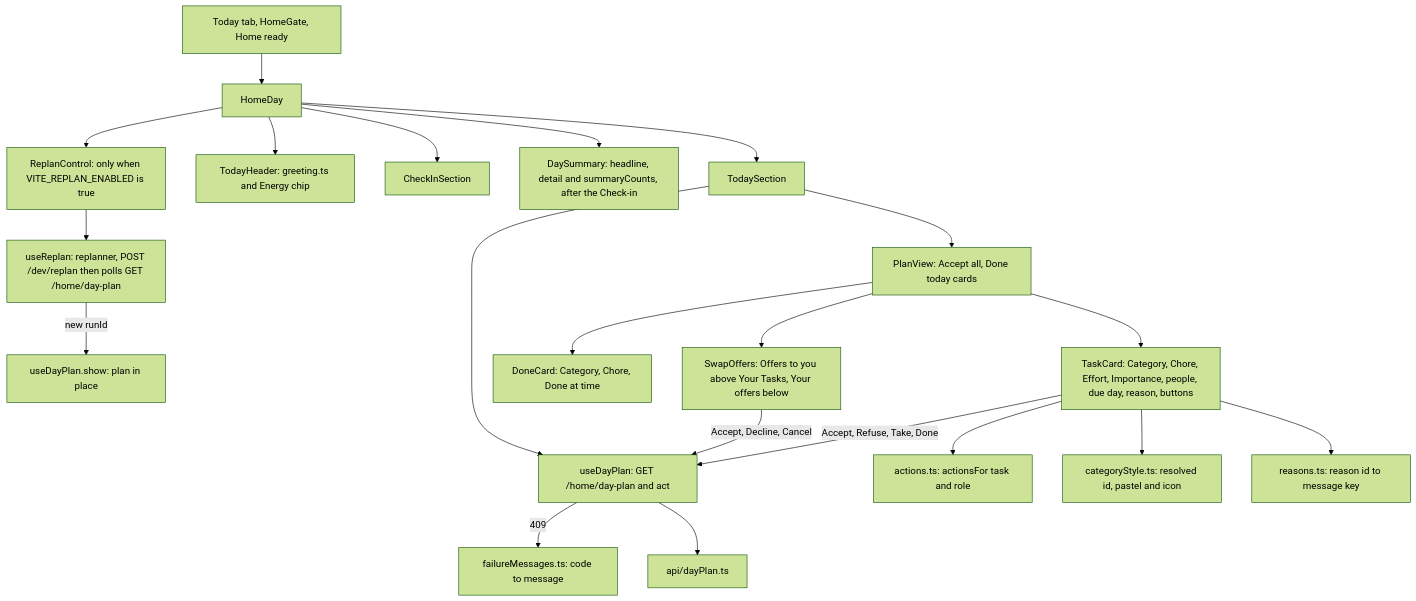
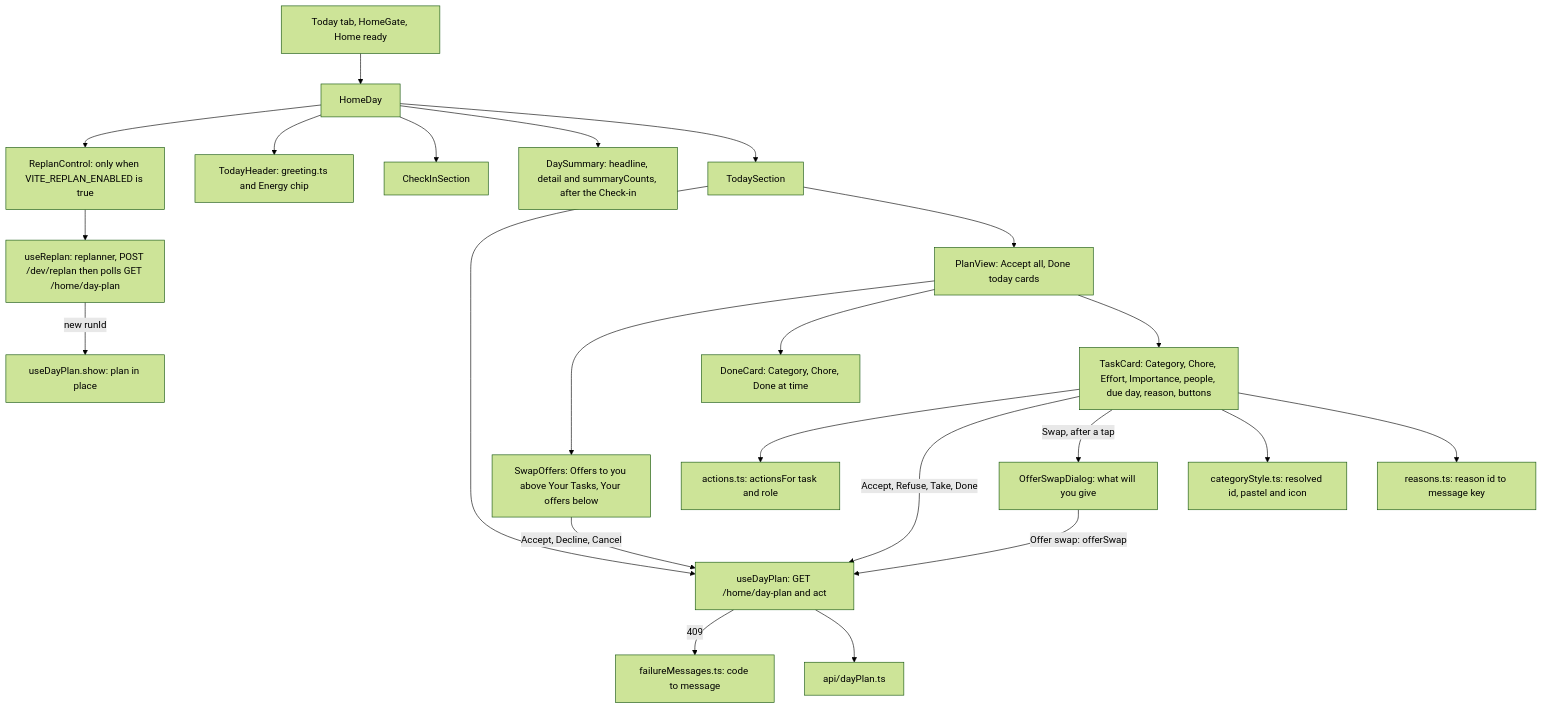
Before and after one commit to AbnerWillclefy/Homeowner: the eighth of 10 diagrams in docs/architecture/web.md, drawn with Mermaid (forest theme). The commit also changed other lines of this file, not shown here.

Commit message:
docs(web): describe the swap slot, the offer dialog and the offer fake

````diff
--- a/docs/architecture/web.md
+++ b/docs/architecture/web.md
@@ -372,23 +374,25 @@
 ```mermaid
 flowchart TD
     HS[Today tab, HomeGate, Home ready] --> HD[HomeDay]
     HD --> RC[ReplanControl: only when VITE_REPLAN_ENABLED is true]
     RC --> UR[useReplan: replanner, POST /dev/replan then polls GET /home/day-plan]
     UR -->|new runId| SHOW[useDayPlan.show: plan in place]
     HD --> TH[TodayHeader: greeting.ts and Energy chip]
     HD --> CI[CheckInSection]
     HD --> DS[DaySummary: headline, detail and summaryCounts, after the Check-in]
     HD --> TS[TodaySection]
     TS --> UD[useDayPlan: GET /home/day-plan and act]
     TS --> PV[PlanView: Accept all, Done today cards]
     PV --> SO[SwapOffers: Offers to you above Your Tasks, Your offers below]
     SO -->|Accept, Decline, Cancel| UD
     PV --> DC[DoneCard: Category, Chore, Done at time]
     PV --> TC[TaskCard: Category, Chore, Effort, Importance, people, due day, reason, buttons]
     TC --> AC[actions.ts: actionsFor task and role]
     TC -->|Accept, Refuse, Take, Done| UD
+    TC -->|Swap, after a tap| OD[OfferSwapDialog: what will you give]
+    OD -->|Offer swap: offerSwap| UD
     UD -->|409| FM[failureMessages.ts: code to message]
     TC --> CS[categoryStyle.ts: resolved id, pastel and icon]
     TC --> R[reasons.ts: reason id to message key]
     UD --> API[api/dayPlan.ts]
 ```
````
